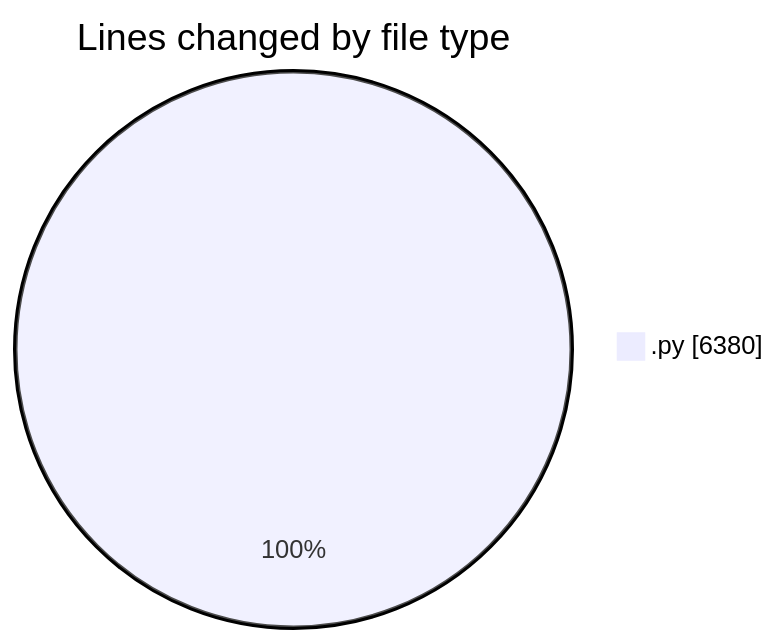
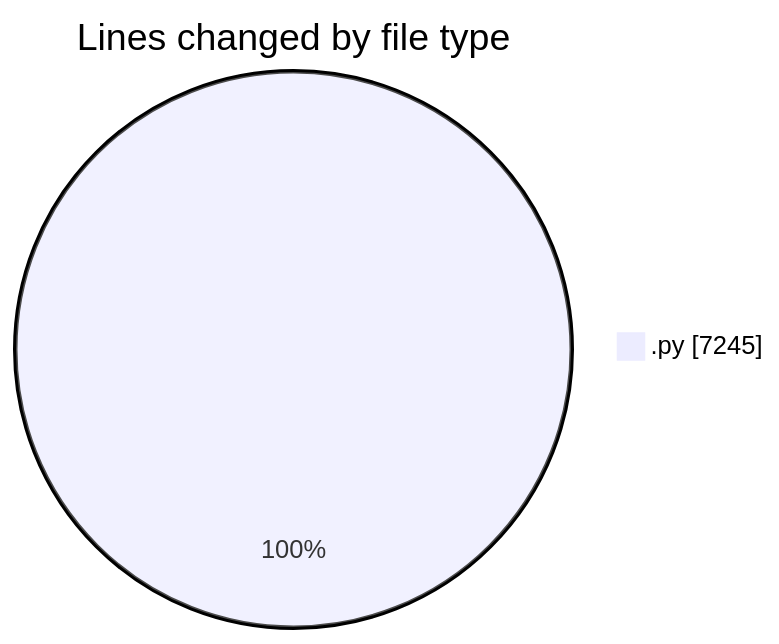
One commit to jrari/code-tracking changed the first of 2 diagrams in 2025-07-14/telebot/README.md. Above: the diagram before and after it, drawn with Mermaid. The commit also changed other lines of this file and 1 other file, not shown here.

````diff
--- a/2025-07-14/telebot/README.md
+++ b/2025-07-14/telebot/README.md
@@ -28,5 +29,5 @@
 ```mermaid
 pie showData
 title Lines changed by file type
-".py" : 6380
+".py" : 7245
 ```
````
